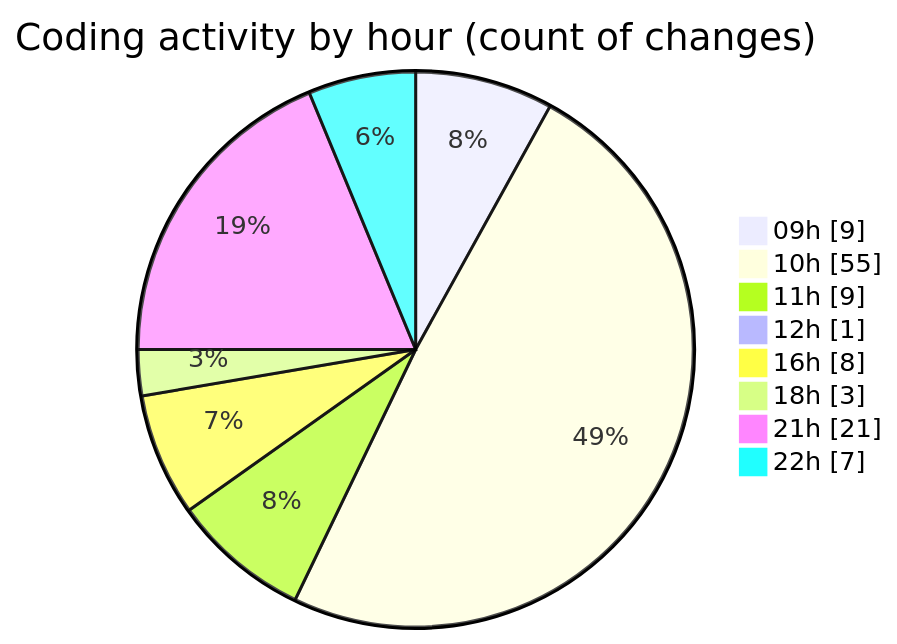
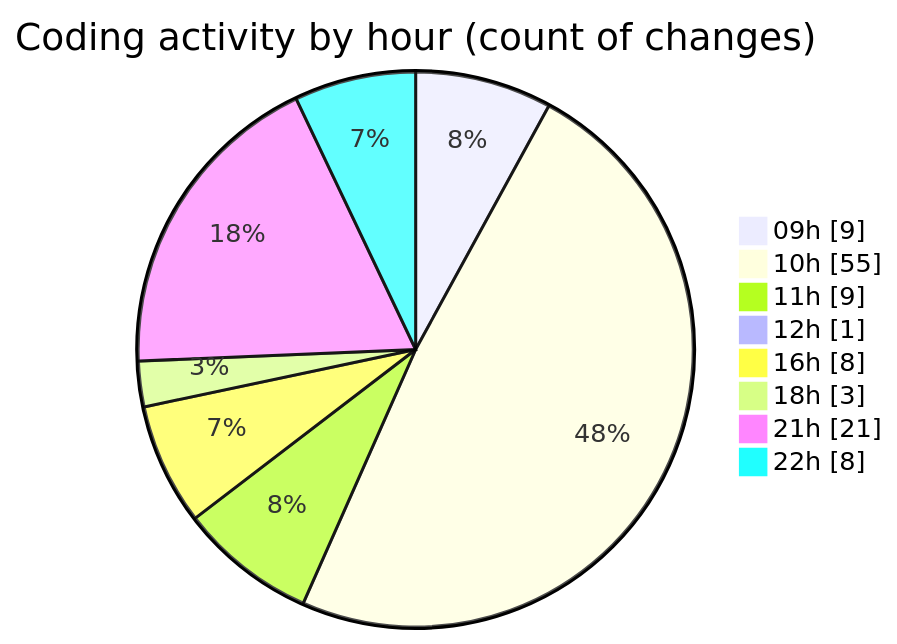
One commit to robertbonfada/code-tracking changed the second of 2 diagrams in 2025-03-04/termonied_testador/README.md. Above: the diagram before and after it, drawn with Mermaid. The commit also changed other lines of this file and 1 other file, not shown here.

````diff
--- a/2025-03-04/termonied_testador/README.md
+++ b/2025-03-04/termonied_testador/README.md
@@ -48,12 +48,12 @@
 ```mermaid
 pie showData
 title Coding activity by hour (count of changes)
 "09h" : 9
 "10h" : 55
 "11h" : 9
 "12h" : 1
 "16h" : 8
 "18h" : 3
 "21h" : 21
-"22h" : 7
+"22h" : 8
 ```
````
